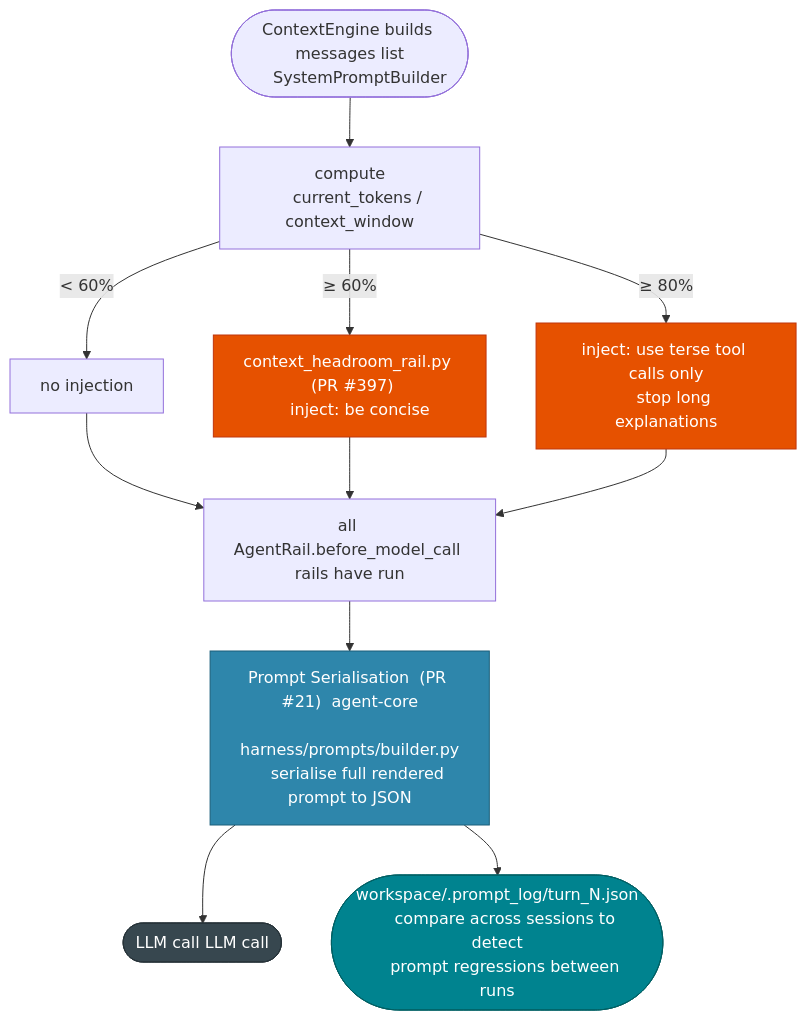
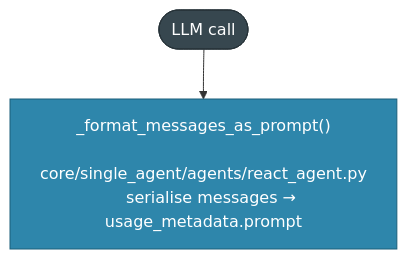
Before and after one commit to michaelatamuk/openjiuwen-jiuwenswarm: the sixth of 8 diagrams in docs-michael/Implementation.Overview.md, drawn with Mermaid. The commit also changed other lines of this file, not shown here.

````diff
--- a/docs-michael/Implementation.Overview.md
+++ b/docs-michael/Implementation.Overview.md
@@ -1145,31 +1185,11 @@
 ```mermaid
 flowchart TD
-    classDef pre  fill:#E65100,color:#fff,stroke:#BF360C
     classDef ac   fill:#2E86AB,color:#fff,stroke:#1a5f7a
-    classDef log  fill:#00838F,color:#fff,stroke:#006064
     classDef io   fill:#37474F,color:#fff,stroke:#263238
 
-    MSG(["ContextEngine builds messages list
-    SystemPromptBuilder"])
+    LLM(["LLM call"]):::io
 
-    MSG --> RATIO["compute
-    current_tokens / context_window"]
-
-    RATIO -->|"< 60%"| PASS["no injection"]
-    RATIO -->|"≥ 60%"| NUDGE["context_headroom_rail.py  (PR #397)
-    inject: be concise"]:::pre
-    RATIO -->|"≥ 80%"| CRIT["inject: use terse tool calls only
-    stop long explanations"]:::pre
-
-    PASS & NUDGE & CRIT --> ALL["all AgentRail.before_model_call rails have run"]
-
-    ALL --> SER["Prompt Serialisation  (PR #21)  agent-core
-    harness/prompts/builder.py
-    serialise full rendered prompt to JSON"]:::ac
-
-    SER --> LLM(["LLM call  LLM call"]):::io
-
-    SER --> LOG(["workspace/.prompt_log/turn_N.json
-    compare across sessions to detect
-    prompt regressions between runs"]):::log
+    LLM --> SER["_format_messages_as_prompt()
+    core/single_agent/agents/react_agent.py
+    serialise messages → usage_metadata.prompt"]:::ac
 ```
````
